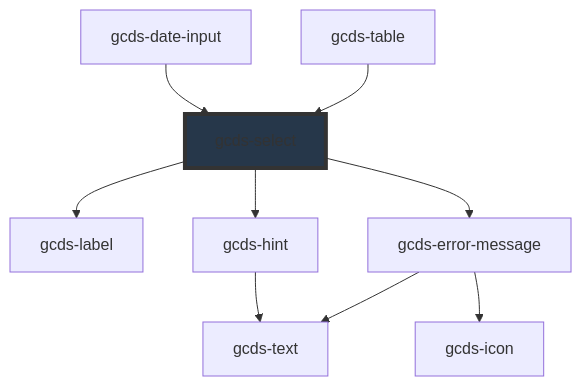
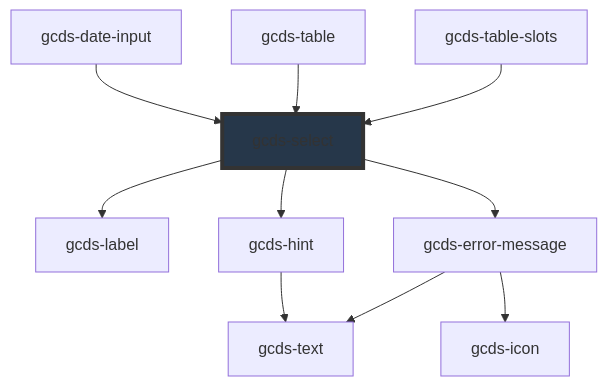
One commit to cds-snc/gcds-components changed the diagram in packages/web/src/components/gcds-select/readme.md. Above: the diagram before and after it, drawn with Mermaid. The commit also changed other lines of this file and 29 other files, not shown here.

Commit message:
Add gcds-table-slots for testing use of slots

````diff
--- a/packages/web/src/components/gcds-select/readme.md
+++ b/packages/web/src/components/gcds-select/readme.md
@@ -100,12 +101,13 @@
 ```mermaid
 graph TD;
   gcds-select --> gcds-label
   gcds-select --> gcds-hint
   gcds-select --> gcds-error-message
   gcds-hint --> gcds-text
   gcds-error-message --> gcds-text
   gcds-error-message --> gcds-icon
   gcds-date-input --> gcds-select
   gcds-table --> gcds-select
+  gcds-table-slots --> gcds-select
   style gcds-select fill:#26374a,stroke:#333,stroke-width:4px
 ```
````
